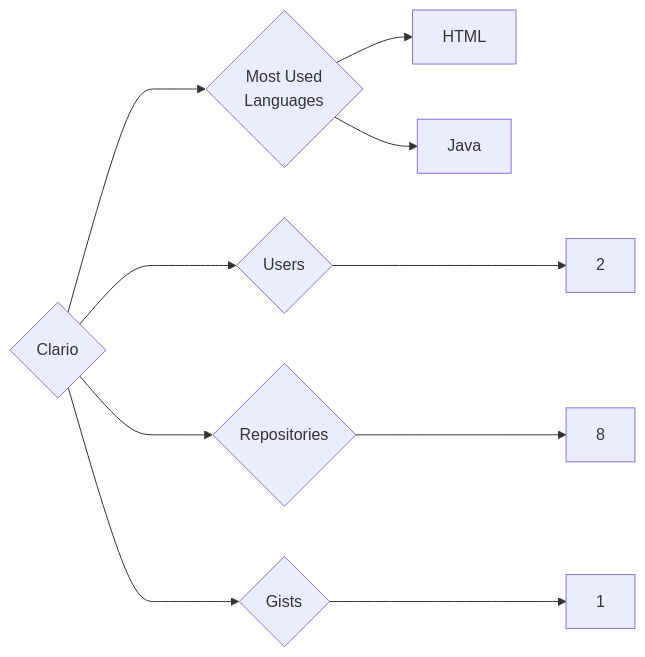
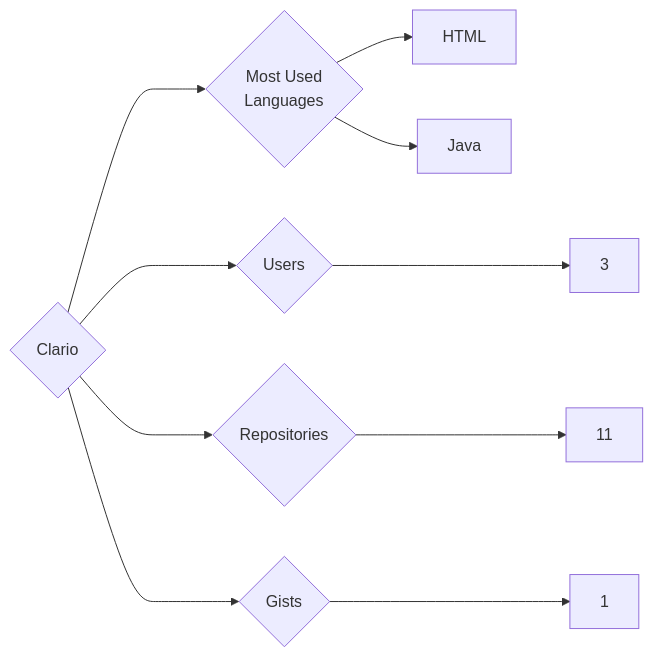
The diagram in targets/Clario/README.md (trickest/insiders), drawn with Mermaid before and after one commit. The commit also changed 1088 other files, not shown here.

````diff
--- a/targets/Clario/README.md
+++ b/targets/Clario/README.md
@@ -3,10 +3,10 @@
 ```mermaid
 graph LR
 COMPANY_NAME{Clario}
-COMPANY_NAME ---> U{Users} ---> UN[2]
-COMPANY_NAME ---> R{Repositories} ---> RN[8]
+COMPANY_NAME ---> U{Users} ---> UN[3]
+COMPANY_NAME ---> R{Repositories} ---> RN[11]
 COMPANY_NAME ---> G{Gists} ---> GN[1]
 COMPANY_NAME ---> ML{Most Used<br>Languages}
 ML --> HTML[HTML]
 ML --> Java[Java]
 ```
````
